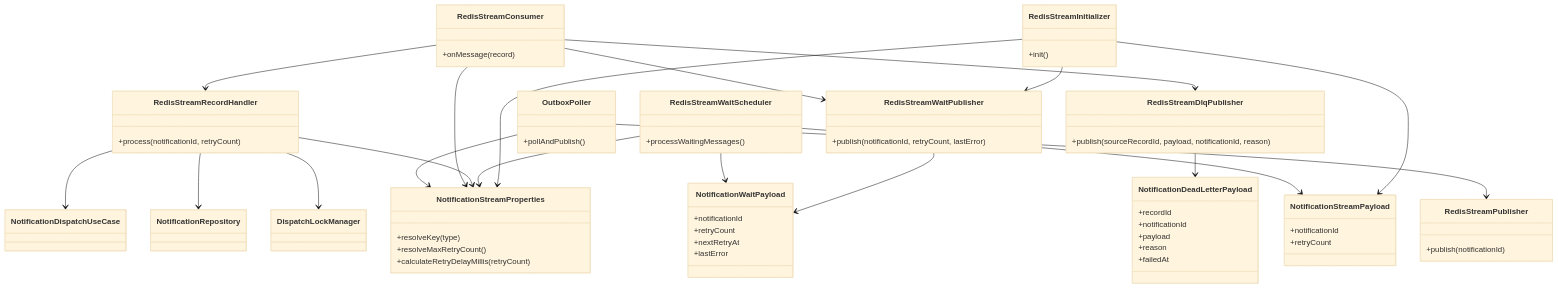
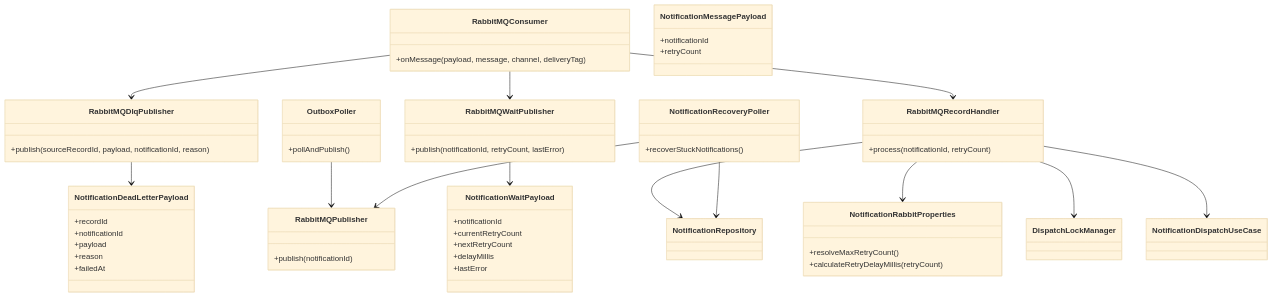
The third of 4 diagrams in docs/03-class-diagrams.md (yht0827/notification-dispatcher), drawn with Mermaid (base theme) before and after one commit. The commit also changed other lines of this file and 7 other files, not shown here.

Commit message:
chore: 메시징 로직을 Redis Stream에서 RabbitMQ로 전환, 관련 클래스 및 테스트 리팩토링, 문서 업데이트

````diff
--- a/docs/03-class-diagrams.md
+++ b/docs/03-class-diagrams.md
@@ -195,49 +195,45 @@
       +pollAndPublish()
     }
 
-    class RedisStreamPublisher {
+    class RabbitMQPublisher {
       +publish(notificationId)
     }
 
-    class RedisStreamConsumer {
-      +onMessage(record)
+    class RabbitMQConsumer {
+      +onMessage(payload, message, channel, deliveryTag)
     }
 
-    class RedisStreamRecordHandler {
+    class RabbitMQRecordHandler {
       +process(notificationId, retryCount)
     }
 
-    class RedisStreamWaitScheduler {
-      +processWaitingMessages()
+    class NotificationRecoveryPoller {
+      +recoverStuckNotifications()
     }
 
-    class RedisStreamWaitPublisher {
+    class RabbitMQWaitPublisher {
       +publish(notificationId, retryCount, lastError)
     }
 
-    class RedisStreamDlqPublisher {
+    class RabbitMQDlqPublisher {
       +publish(sourceRecordId, payload, notificationId, reason)
     }
 
-    class RedisStreamInitializer {
-      +init()
-    }
-
-    class NotificationStreamProperties {
-      +resolveKey(type)
+    class NotificationRabbitProperties {
       +resolveMaxRetryCount()
       +calculateRetryDelayMillis(retryCount)
     }
 
-    class NotificationStreamPayload {
+    class NotificationMessagePayload {
       +notificationId
       +retryCount
     }
 
     class NotificationWaitPayload {
       +notificationId
-      +retryCount
-      +nextRetryAt
+      +currentRetryCount
+      +nextRetryCount
+      +delayMillis
       +lastError
     }
 
@@ -249,26 +245,19 @@
       +failedAt
     }
 
-    OutboxPoller --> RedisStreamPublisher
-    OutboxPoller --> NotificationStreamProperties
+    OutboxPoller --> RabbitMQPublisher
 
-    RedisStreamConsumer --> RedisStreamRecordHandler
-    RedisStreamConsumer --> RedisStreamWaitPublisher
-    RedisStreamConsumer --> RedisStreamDlqPublisher
-    RedisStreamConsumer --> NotificationStreamProperties
+    RabbitMQConsumer --> RabbitMQRecordHandler
+    RabbitMQConsumer --> RabbitMQWaitPublisher
+    RabbitMQConsumer --> RabbitMQDlqPublisher
 
-    RedisStreamRecordHandler --> NotificationDispatchUseCase
-    RedisStreamRecordHandler --> NotificationRepository
-    RedisStreamRecordHandler --> DispatchLockManager
-    RedisStreamRecordHandler --> NotificationStreamProperties
+    RabbitMQRecordHandler --> NotificationDispatchUseCase
+    RabbitMQRecordHandler --> NotificationRepository
+    RabbitMQRecordHandler --> DispatchLockManager
+    RabbitMQRecordHandler --> NotificationRabbitProperties
 
-    RedisStreamWaitScheduler --> NotificationStreamProperties
-    RedisStreamWaitScheduler --> NotificationStreamPayload
-    RedisStreamWaitScheduler --> NotificationWaitPayload
-    RedisStreamWaitPublisher --> NotificationWaitPayload
-    RedisStreamDlqPublisher --> NotificationDeadLetterPayload
-
-    RedisStreamInitializer --> RedisStreamWaitPublisher
-    RedisStreamInitializer --> NotificationStreamPayload
-    RedisStreamInitializer --> NotificationStreamProperties
+    RabbitMQWaitPublisher --> NotificationWaitPayload
+    RabbitMQDlqPublisher --> NotificationDeadLetterPayload
+    NotificationRecoveryPoller --> NotificationRepository
+    NotificationRecoveryPoller --> RabbitMQPublisher
 ```
````
